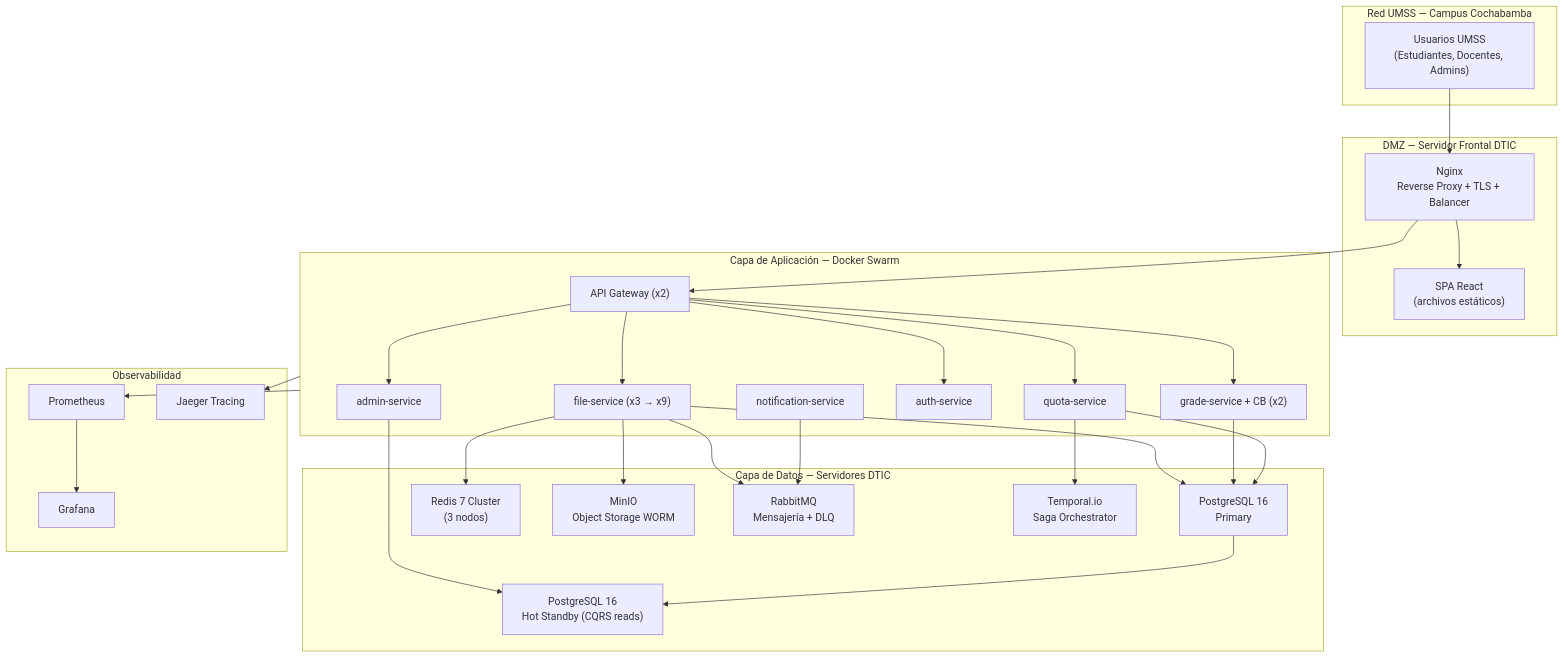
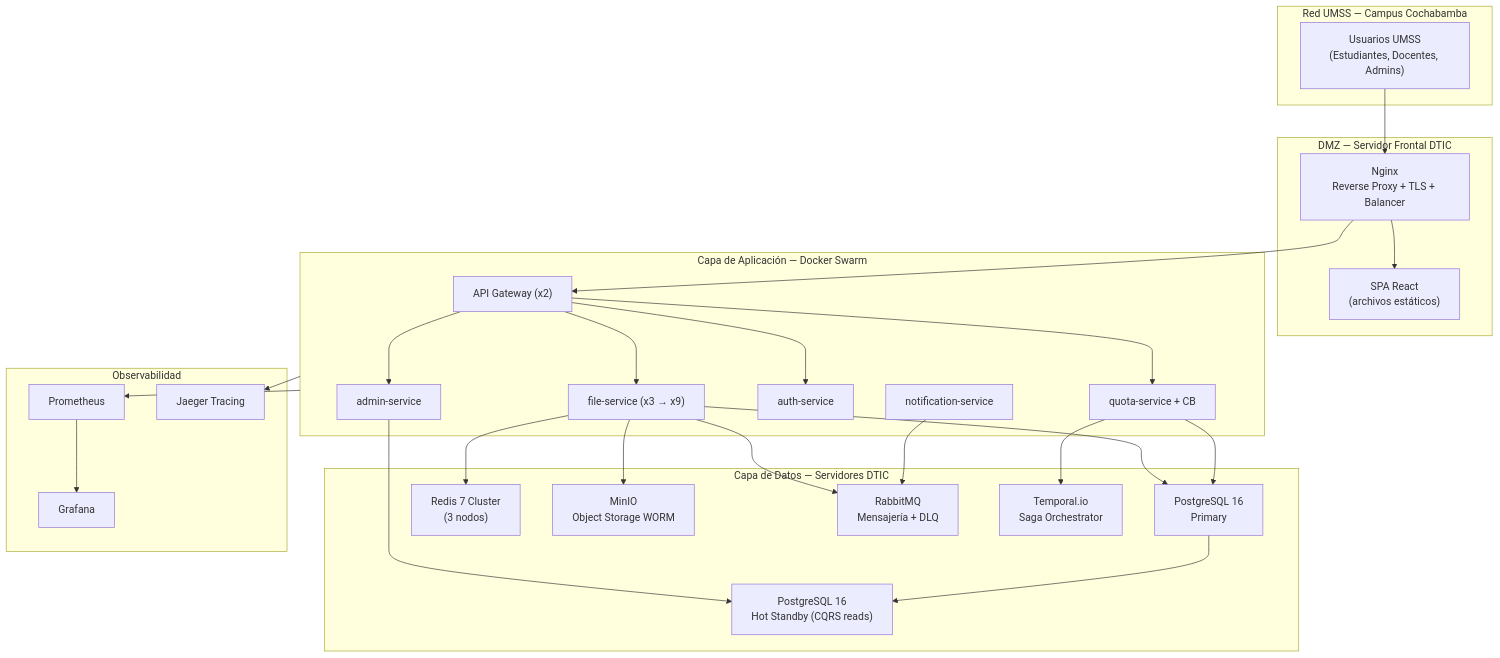
The eighth of 9 diagrams in docs/DTI.md (cgomez-mpsia/simoncloud-m3), drawn with Mermaid before and after one commit. The commit also changed other lines of this file and 10 other files, not shown here.

First line of the commit message:
refactor(scope): remover grade-service del core — LMS integration → backlog v2.0

````diff
--- a/docs/DTI.md
+++ b/docs/DTI.md
@@ -419,49 +401,47 @@
 ```mermaid
 flowchart TD
     subgraph Campus["Red UMSS — Campus Cochabamba"]
         Users["Usuarios UMSS\n(Estudiantes, Docentes, Admins)"]
     end
 
     subgraph DMZ["DMZ — Servidor Frontal DTIC"]
         Nginx["Nginx\nReverse Proxy + TLS + Balancer"]
         SPA["SPA React\n(archivos estáticos)"]
     end
 
     subgraph AppLayer["Capa de Aplicación — Docker Swarm"]
         GW["API Gateway (x2)"]
         FS["file-service (x3 → x9)"]
-        GS["grade-service + CB (x2)"]
-        QS["quota-service"]
+        QS["quota-service + CB"]
         AS["auth-service"]
         NS["notification-service"]
         ADM["admin-service"]
     end
 
     subgraph DataLayer["Capa de Datos — Servidores DTIC"]
         PG_P["PostgreSQL 16\nPrimary"]
         PG_R["PostgreSQL 16\nHot Standby (CQRS reads)"]
         REDIS["Redis 7 Cluster\n(3 nodos)"]
         MINIO["MinIO\nObject Storage WORM"]
         RABBIT["RabbitMQ\nMensajería + DLQ"]
         TEMPORAL["Temporal.io\nSaga Orchestrator"]
     end
 
     subgraph Ops["Observabilidad"]
         PROM["Prometheus"]
         GRAFANA["Grafana"]
         JAEGER["Jaeger Tracing"]
     end
 
     Users --> Nginx
     Nginx --> SPA
     Nginx --> GW
-    GW --> FS & GS & QS & AS & ADM
+    GW --> FS & QS & AS & ADM
     FS --> PG_P & REDIS & MINIO & RABBIT
-    GS --> PG_P
     QS --> PG_P & TEMPORAL
     NS --> RABBIT
     ADM --> PG_R
     PG_P --> PG_R
     AppLayer --> PROM --> GRAFANA
     AppLayer --> JAEGER
 ```
````
